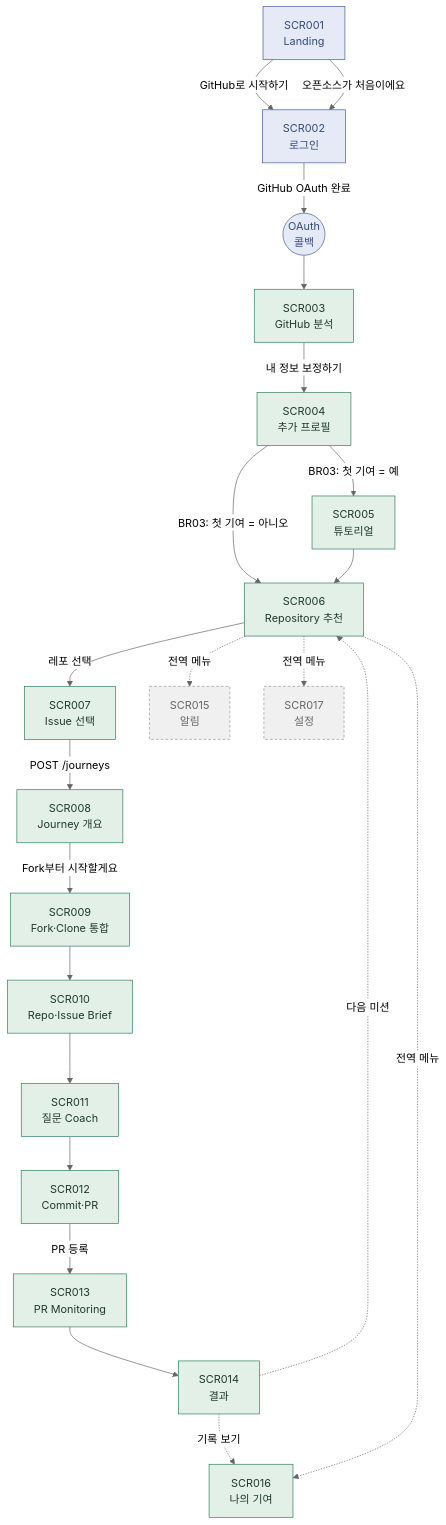
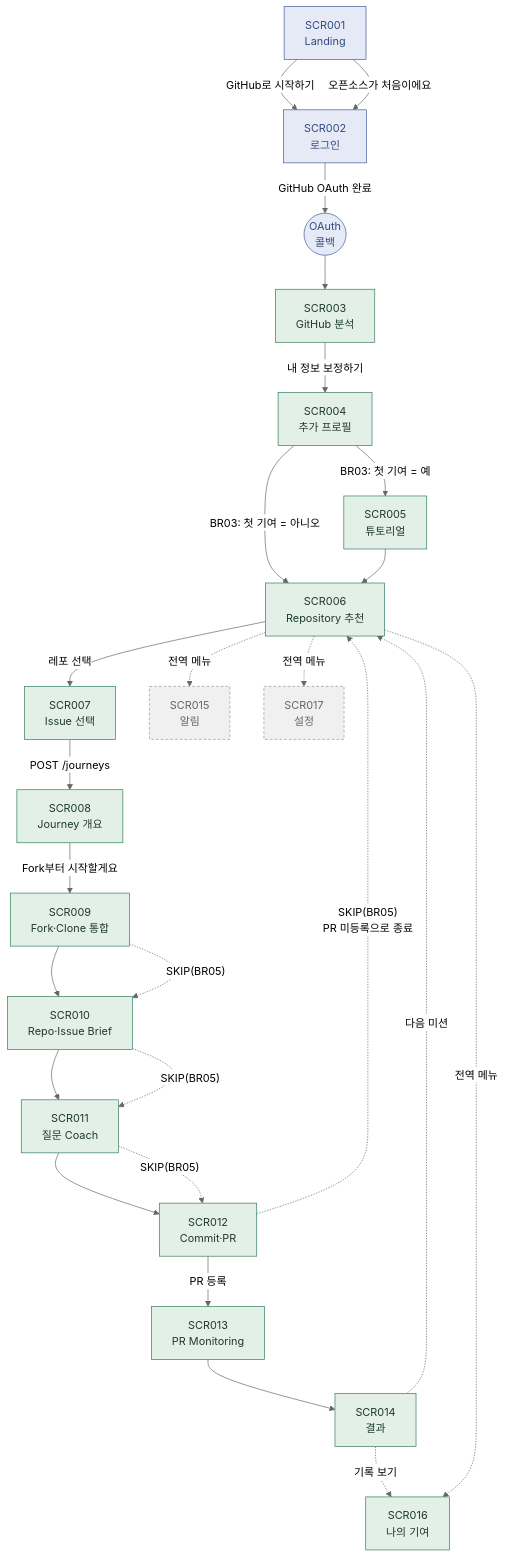
One commit to userofthefreedom/for_green_commit changed the diagram in docs/그린커밋_IA.md. Above: the diagram before and after it, drawn with Mermaid (neutral theme). The commit also changed other lines of this file and 3 other files, not shown here.

````diff
--- a/docs/그린커밋_IA.md
+++ b/docs/그린커밋_IA.md
@@ -61,52 +65,57 @@
 ```mermaid
 flowchart TD
     Landing["SCR001<br/>Landing"]
     Login["SCR002<br/>로그인"]
     Callback(("OAuth<br/>콜백"))
     Analysis["SCR003<br/>GitHub 분석"]
     Profile["SCR004<br/>추가 프로필"]
     Tutorial["SCR005<br/>튜토리얼"]
     Recommend["SCR006<br/>Repository 추천"]
     IssueSel["SCR007<br/>Issue 선택"]
     Overview["SCR008<br/>Journey 개요"]
     ForkClone["SCR009<br/>Fork·Clone 통합"]
     Brief["SCR010<br/>Repo·Issue Brief"]
     Coach["SCR011<br/>질문 Coach"]
     Ship["SCR012<br/>Commit·PR"]
     Monitor["SCR013<br/>PR Monitoring"]
     Result["SCR014<br/>결과"]
     Notif["SCR015<br/>알림"]
     MyContrib["SCR016<br/>나의 기여"]
     Settings["SCR017<br/>설정"]
 
     Landing -->|"GitHub로 시작하기"| Login
     Landing -->|"오픈소스가 처음이에요"| Login
     Login -->|"GitHub OAuth 완료"| Callback
     Callback --> Analysis
     Analysis -->|"내 정보 보정하기"| Profile
     Profile -->|"BR03: 첫 기여 = 예"| Tutorial
     Profile -->|"BR03: 첫 기여 = 아니오"| Recommend
     Tutorial --> Recommend
     Recommend -->|"레포 선택"| IssueSel
     IssueSel -->|"POST /journeys"| Overview
     Overview -->|"Fork부터 시작할게요"| ForkClone
     ForkClone --> Brief
     Brief --> Coach
     Coach --> Ship
     Ship -->|"PR 등록"| Monitor
     Monitor --> Result
     Result -.->|"다음 미션"| Recommend
     Result -.->|"기록 보기"| MyContrib
 
+    ForkClone -.->|"SKIP(BR05)"| Brief
+    Brief -.->|"SKIP(BR05)"| Coach
+    Coach -.->|"SKIP(BR05)"| Ship
+    Ship -.->|"SKIP(BR05)<br/>PR 미등록으로 종료"| Recommend
+
     Recommend -.->|"전역 메뉴"| Notif
     Recommend -.->|"전역 메뉴"| MyContrib
     Recommend -.->|"전역 메뉴"| Settings
 
     classDef scope fill:#e3f0e8,stroke:#2e7d5b,color:#1e3a2c
     classDef outofscope fill:#f0f0f0,stroke:#999,color:#666,stroke-dasharray: 4 3
     classDef auth fill:#e6eaf6,stroke:#3e5c99,color:#324b80
 
     class Landing,Login,Callback auth
     class Analysis,Profile,Tutorial,Recommend,IssueSel,Overview,ForkClone,Brief,Coach,Ship,Monitor,Result,MyContrib scope
     class Notif,Settings outofscope
 ```
````
